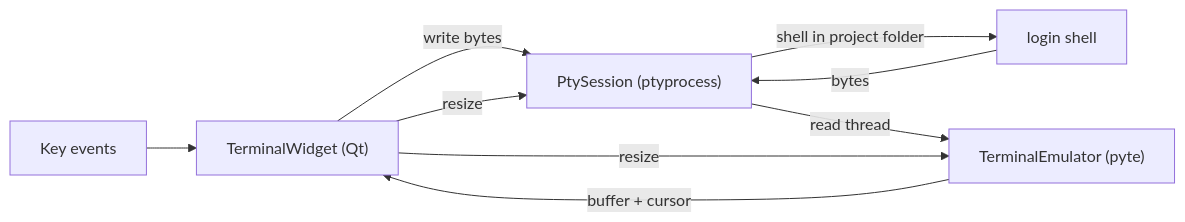
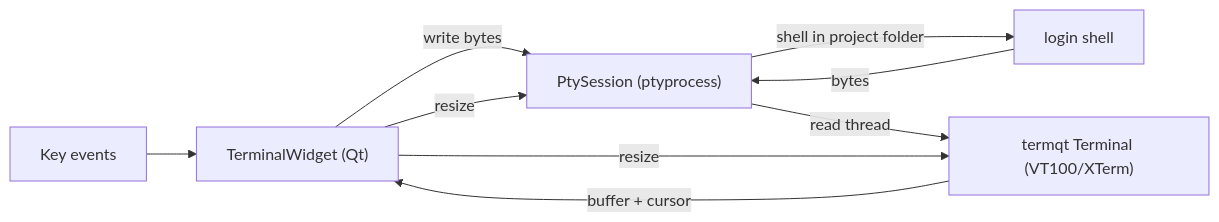
Before and after one commit to YannikG/twat-tool-wrapper-for-agent-tui: the diagram in docs/specs/platform/terminal-embedding.md, drawn with Mermaid. The commit also changed other lines of this file and 32 other files, not shown here.

First line of the commit message:
Slice 4: pi lifecycle hook + termqt terminal embedding

````diff
--- a/docs/specs/platform/terminal-embedding.md
+++ b/docs/specs/platform/terminal-embedding.md
@@ -25,11 +25,11 @@
 ```mermaid
 flowchart LR
     KB["Key events"] --> WIDG["TerminalWidget (Qt)"]
     WIDG -- write bytes --> PTY["PtySession (ptyprocess)"]
     PTY -- shell in project folder --> SH["login shell"]
     SH -- bytes --> PTY
-    PTY -- read thread --> EMU["TerminalEmulator (pyte)"]
+    PTY -- read thread --> EMU["termqt Terminal (VT100/XTerm)"]
     EMU -- buffer + cursor --> WIDG
     WIDG -- resize --> EMU
     WIDG -- resize --> PTY
 ```
````
